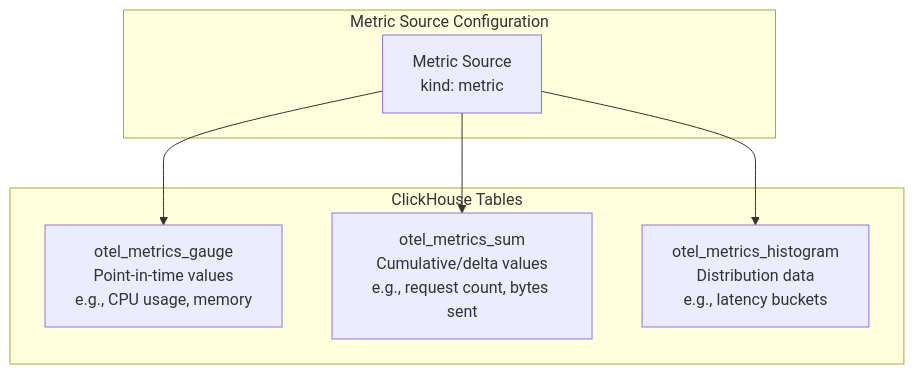
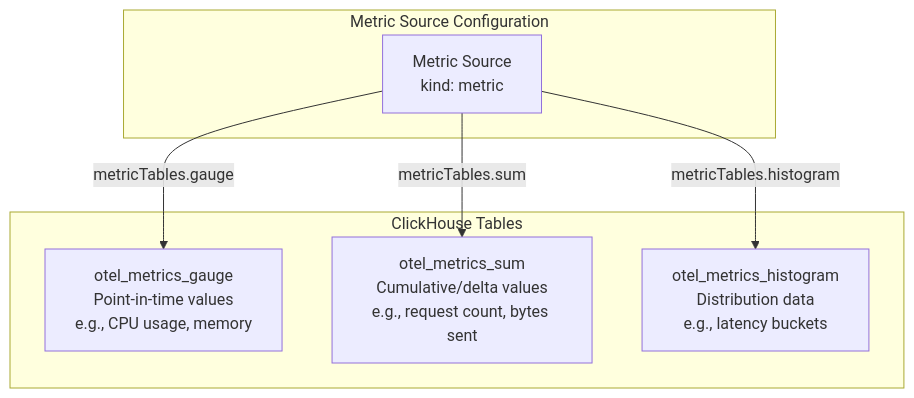
Before and after one commit to openchoreo/openchoreo: the third of 4 diagrams in docs/hyperdxio-helm-charts-docs/Data-Sources-and-Connections.md, drawn with Mermaid. The commit also changed other lines of this file and 85 other files, not shown here.

Commit message:
feat: Add new workflow and specification templates, update Helm chart dependencies, and clarify documentation diagrams.

````diff
--- a/docs/hyperdxio-helm-charts-docs/Data-Sources-and-Connections.md
+++ b/docs/hyperdxio-helm-charts-docs/Data-Sources-and-Connections.md
@@ -337,22 +337,22 @@
 ```mermaid
 flowchart TD
 
 MetricSource["Metric Source<br>kind: metric"]
 GaugeTable["otel_metrics_gauge<br>Point-in-time values<br>e.g., CPU usage, memory"]
 SumTable["otel_metrics_sum<br>Cumulative/delta values<br>e.g., request count, bytes sent"]
 HistogramTable["otel_metrics_histogram<br>Distribution data<br>e.g., latency buckets"]
 
-MetricSource --> GaugeTable
-MetricSource --> SumTable
-MetricSource --> HistogramTable
+MetricSource -->|"metricTables.gauge"| GaugeTable
+MetricSource -->|"metricTables.sum"| SumTable
+MetricSource -->|"metricTables.histogram"| HistogramTable
 
 subgraph subGraph1 ["ClickHouse Tables"]
     GaugeTable
     SumTable
     HistogramTable
 end
 
 subgraph subGraph0 ["Metric Source Configuration"]
     MetricSource
 end
 ```
````
